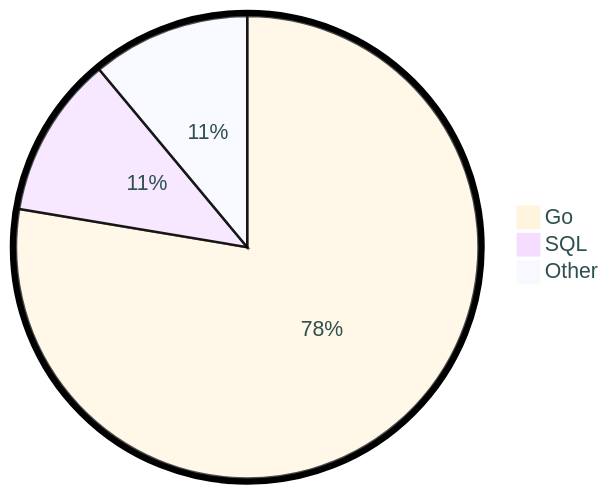
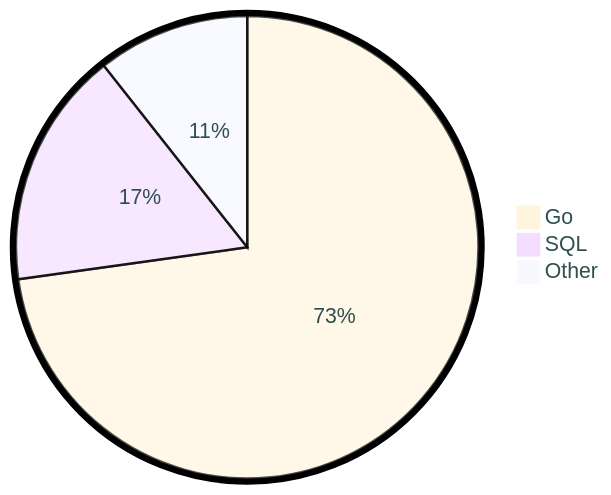
Before and after one commit to tot0p/tot0p: the diagram in README.md, drawn with Mermaid. The commit also changed other lines of this file, not shown here.

````diff
--- a/README.md
+++ b/README.md
@@ -80,7 +78,7 @@
 ```mermaid
 %%{init: {"pie": {"textPosition": 0.5}, "themeVariables": {"pieOuterStrokeWidth": "5px","primaryTextColor" : "#2F4F4F"},"theme":"base"} }%%
 pie
-	"Go": 77.64
-	"SQL": 11.3
-	"Other": 11.049999999999997
+	"Go": 72.79
+	"SQL": 16.58
+	"Other": 10.64
 ```
````
